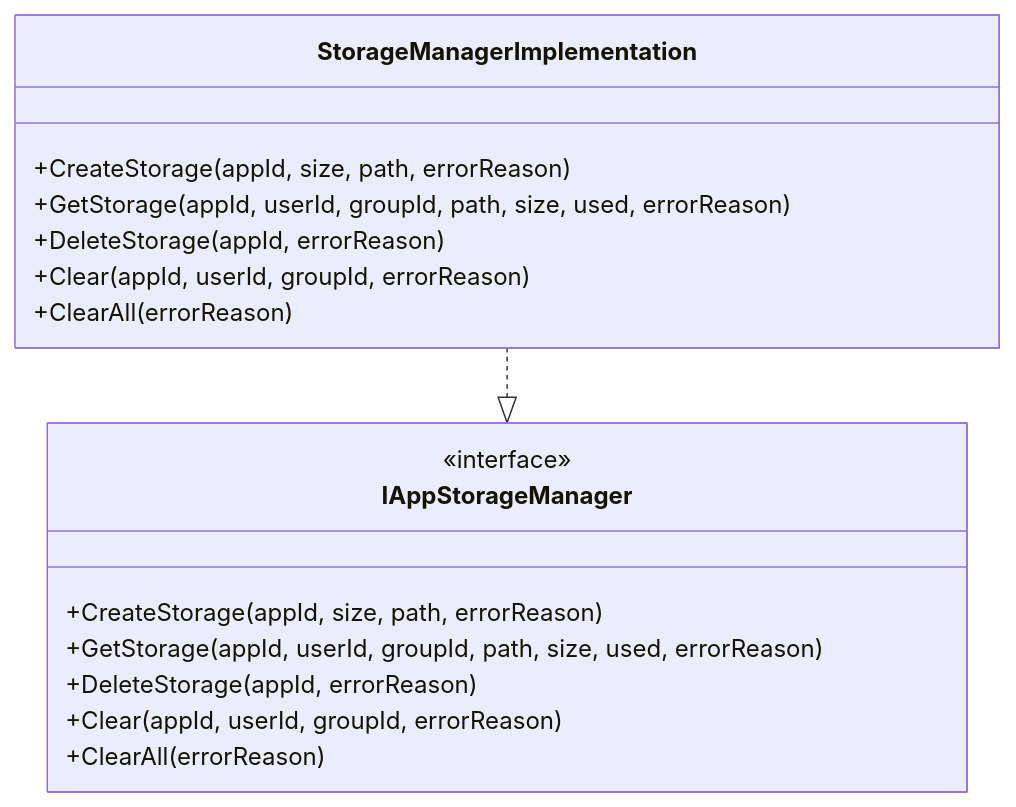
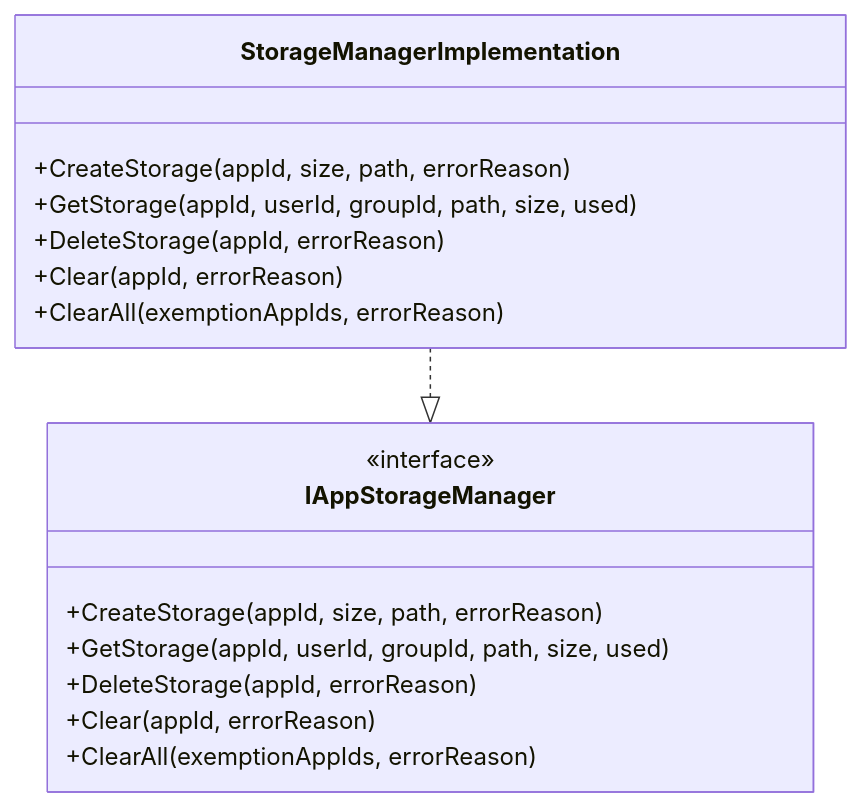
The second of 4 diagrams in AppStorageManager/AppStorageManager.md (rdkcentral/entservices-appmanagers), drawn with Mermaid before and after one commit. The commit also changed other lines of this file and 1 other file, not shown here.

Commit message:
Fix API signatures in AppStorageManager and PackageManager documentation

````diff
--- a/AppStorageManager/AppStorageManager.md
+++ b/AppStorageManager/AppStorageManager.md
@@ -55,21 +55,21 @@
 ```mermaid
 classDiagram
     class StorageManagerImplementation {
         +CreateStorage(appId, size, path, errorReason)
-        +GetStorage(appId, userId, groupId, path, size, used, errorReason)
+        +GetStorage(appId, userId, groupId, path, size, used)
         +DeleteStorage(appId, errorReason)
-        +Clear(appId, userId, groupId, errorReason)
-        +ClearAll(errorReason)
+        +Clear(appId, errorReason)
+        +ClearAll(exemptionAppIds, errorReason)
     }
 
     class IAppStorageManager {
         <<interface>>
         +CreateStorage(appId, size, path, errorReason)
-        +GetStorage(appId, userId, groupId, path, size, used, errorReason)
+        +GetStorage(appId, userId, groupId, path, size, used)
         +DeleteStorage(appId, errorReason)
-        +Clear(appId, userId, groupId, errorReason)
-        +ClearAll(errorReason)
+        +Clear(appId, errorReason)
+        +ClearAll(exemptionAppIds, errorReason)
     }
 
     StorageManagerImplementation ..|> IAppStorageManager
 ```
````
